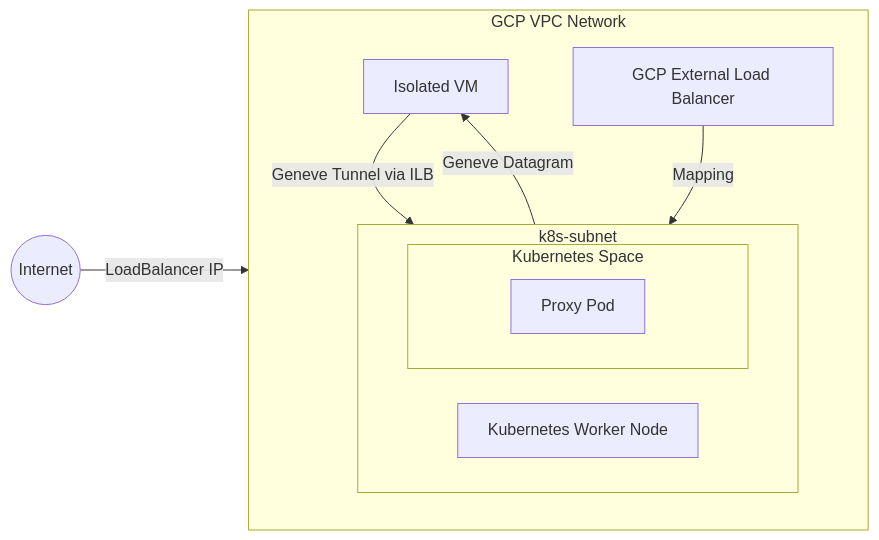
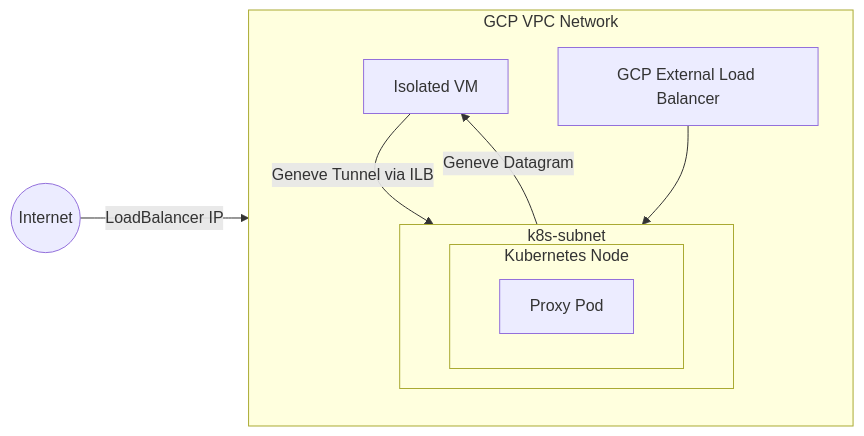
One commit to linde/gcp-k8s-isolated-vm changed the first of 3 diagrams in README.md. Above: the diagram before and after it, drawn with Mermaid. The commit also changed other lines of this file, not shown here.

Commit message:
docs: update architecture diagrams, simplify setup instructions, and refine endpoint discovery logic in README

````diff
--- a/README.md
+++ b/README.md
@@ -32,28 +32,27 @@
 ```mermaid
 graph LR
     Internet((Internet))
 
     subgraph VPC [GCP VPC Network]
         direction TB
         GCP_LB[GCP External Load Balancer]
         
         subgraph Subnet [k8s-subnet]
             direction LR
-            K8s_Node[Kubernetes Worker Node]
-            
-            subgraph Pods [Kubernetes Space]
+           
+            subgraph Pods [Kubernetes Node]
                 Proxy_Pod[Proxy Pod]
             end
         end
         
         Proxied_VM[Isolated VM]
     end
 
     %% Returning Tunnel path
     Proxied_VM -->|Geneve Tunnel via ILB| Proxy_Pod
 
     %% Inbound Traffic (Ingress)
     Internet -->|LoadBalancer IP| GCP_LB
-    GCP_LB -->|Mapping| Proxy_Pod
+    GCP_LB --> Proxy_Pod
     Proxy_Pod -->|Geneve Datagram| Proxied_VM
 ```
````
